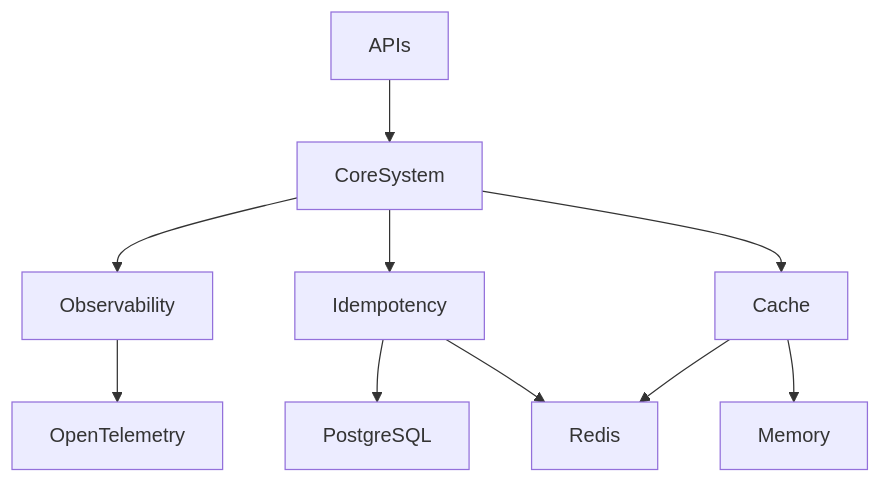
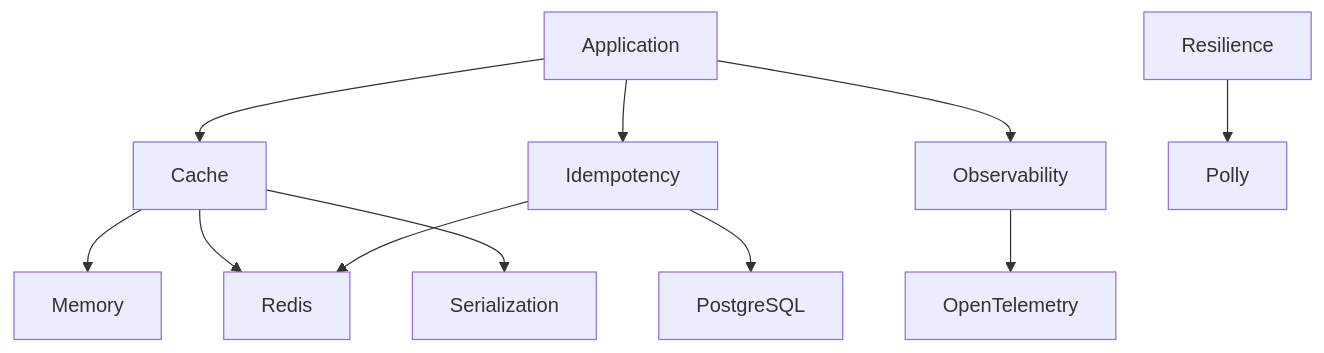
The diagram in README.md (FEDERIN/CoreSystem), drawn with Mermaid before and after one commit. The commit also changed other lines of this file, not shown here.

````diff
--- a/README.md
+++ b/README.md
@@ -92,16 +72,18 @@
-```mermaid
+``` mermaid
 graph TD
-    APIs --> CoreSystem
 
-    CoreSystem --> Observability
-    CoreSystem --> Idempotency
-    CoreSystem --> Cache
+Application --> Cache
+Application --> Idempotency
+Application --> Observability
 
-    Observability --> OpenTelemetry
+Cache --> Memory
+Cache --> Redis
+Cache --> Serialization
 
-    Idempotency --> PostgreSQL
-    Idempotency --> Redis
+Idempotency --> Redis
+Idempotency --> PostgreSQL
 
-    Cache --> Memory
-    Cache --> Redis
+Observability --> OpenTelemetry
+
+Resilience --> Polly
 ```
````
